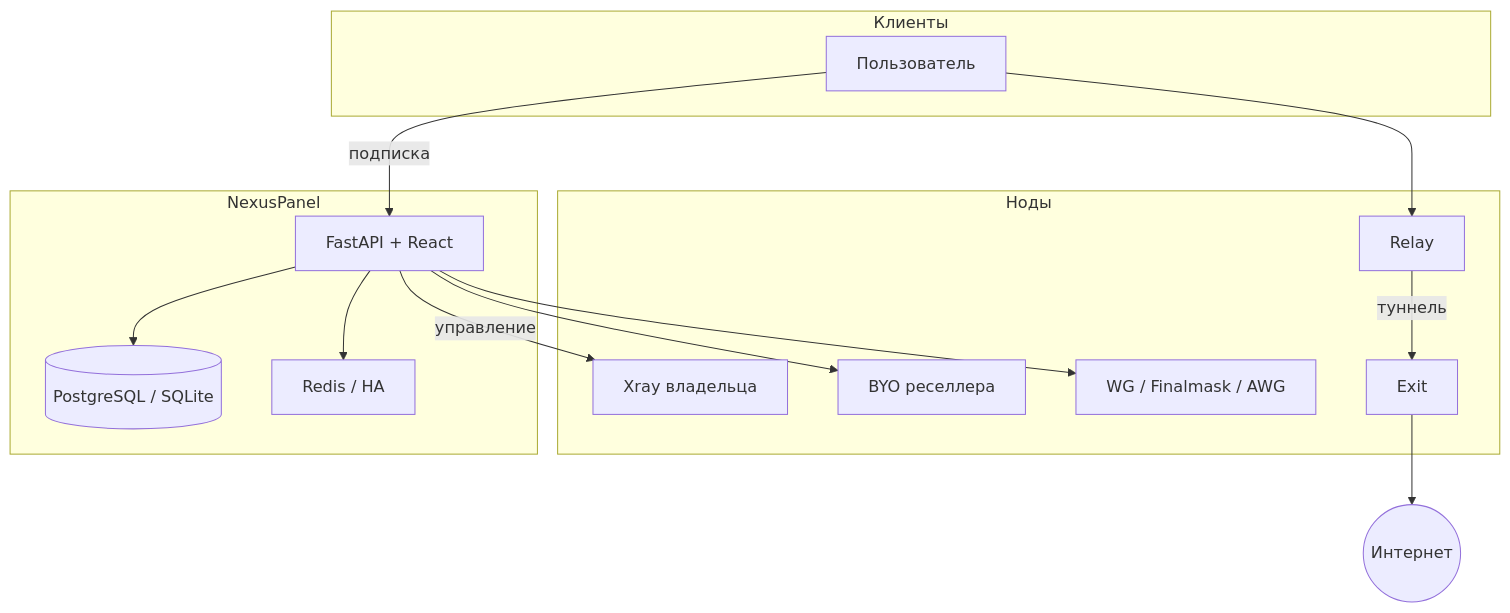
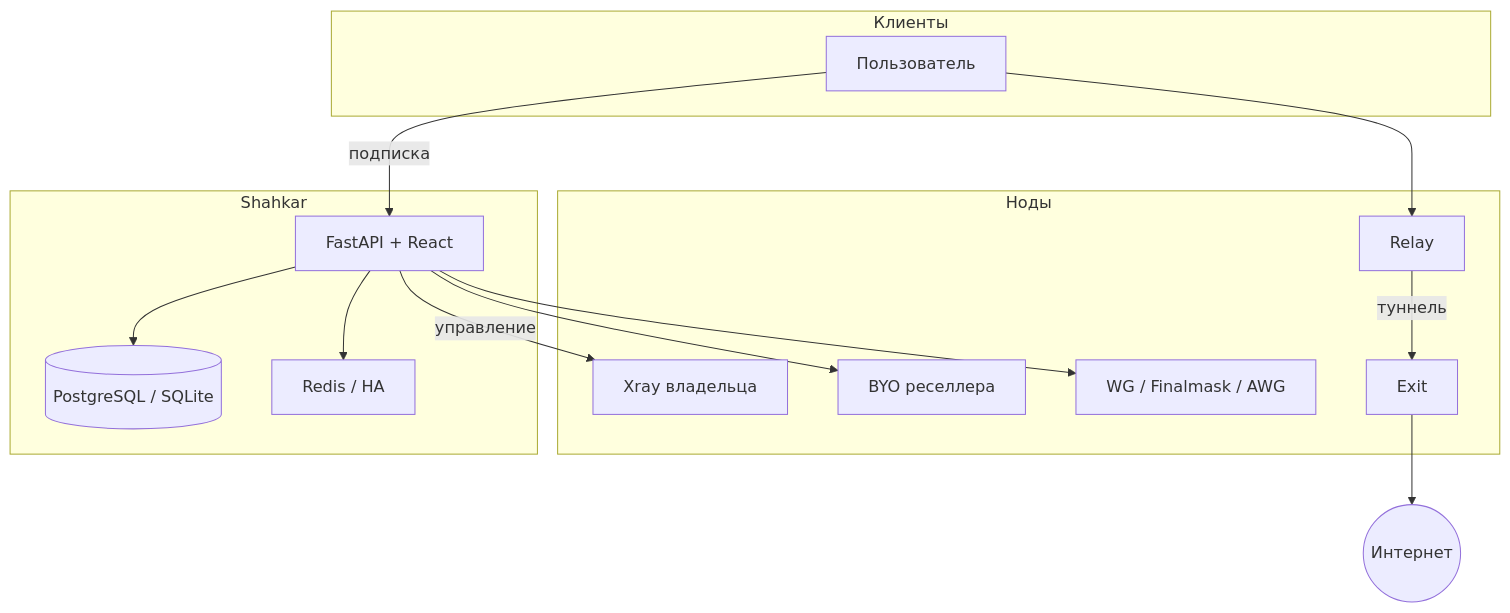
The diagram in README-ru.md (KhaJehAmiri/Shahkarpanel), drawn with Mermaid before and after one commit. The commit also changed other lines of this file and 436 other files, not shown here.

First line of the commit message:
Rebrand fully from NexusPanel to Shahkar.

````diff
--- a/README-ru.md
+++ b/README-ru.md
@@ -59,30 +59,30 @@
 ```mermaid
 flowchart TB
   subgraph clients [Клиенты]
     U[Пользователь]
   end
 
-  subgraph panel [NexusPanel]
+  subgraph panel [Shahkar]
     API[FastAPI + React]
     DB[(PostgreSQL / SQLite)]
     R[Redis / HA]
     API --> DB
     API --> R
   end
 
   subgraph nodes [Ноды]
     N1[Xray владельца]
     N2[BYO реселлера]
     NR[Relay]
     NE[Exit]
     WG[WG / Finalmask / AWG]
   end
 
   U -->|подписка| API
   API -->|управление| N1
   API --> N2
   API --> WG
   U --> NR
   NR -->|туннель| NE
   NE --> Internet((Интернет))
 ```
````
